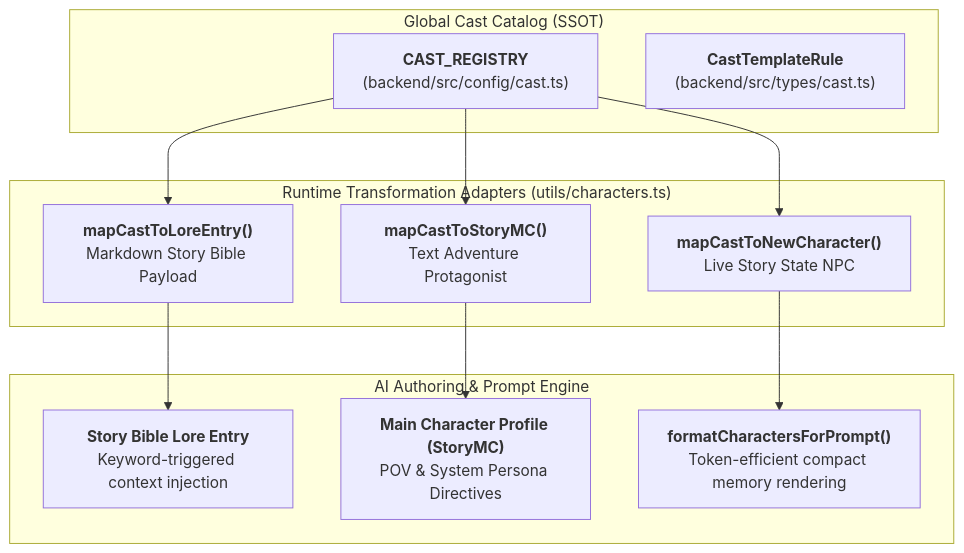
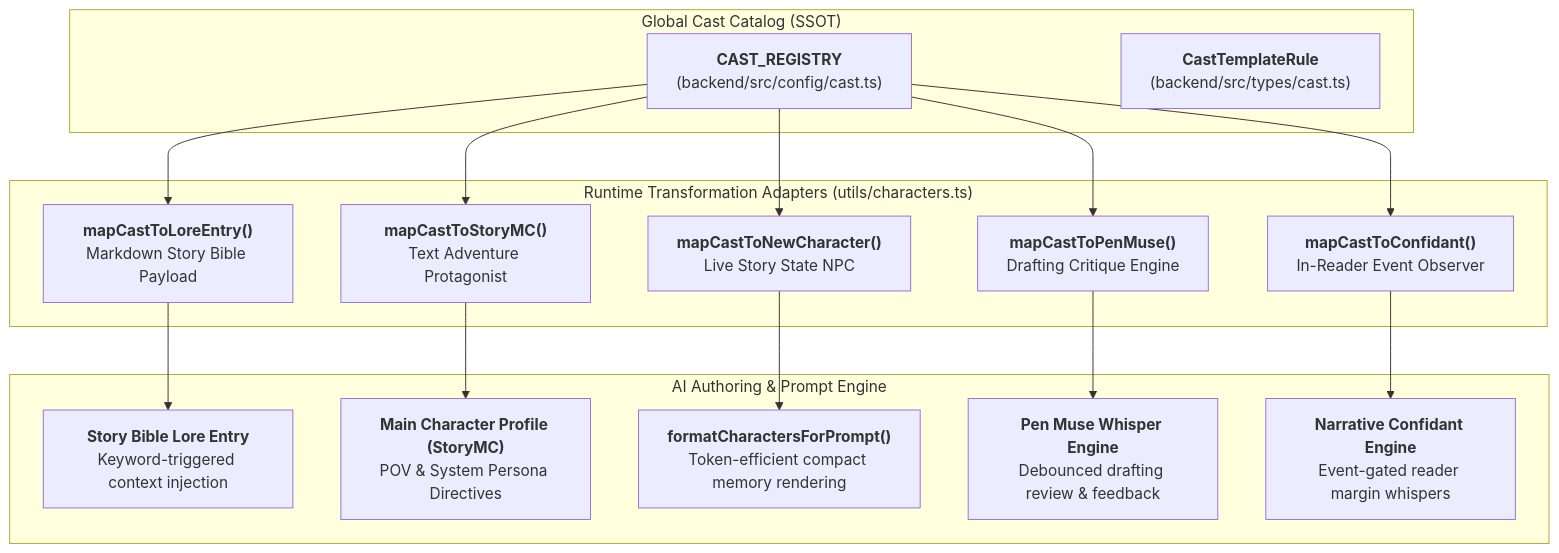
The first of 4 diagrams in docs/architecture/CAST_COLLECTION_AND_RECRUITMENT_ARCHITECTURE.md (txufiknr/Twistloom-backend), drawn with Mermaid before and after one commit. The commit also changed other lines of this file and 9 other files, not shown here.

````diff
--- a/docs/architecture/CAST_COLLECTION_AND_RECRUITMENT_ARCHITECTURE.md
+++ b/docs/architecture/CAST_COLLECTION_AND_RECRUITMENT_ARCHITECTURE.md
@@ -23,24 +25,30 @@
 ```mermaid
 flowchart TD
     subgraph SSOT_Catalog ["Global Cast Catalog (SSOT)"]
         REG["<b>CAST_REGISTRY</b><br/>(backend/src/config/cast.ts)"]
         TYPES["<b>CastTemplateRule</b><br/>(backend/src/types/cast.ts)"]
     end
 
     subgraph Runtime_Adapters ["Runtime Transformation Adapters (utils/characters.ts)"]
         A1["<b>mapCastToLoreEntry()</b><br/>Markdown Story Bible Payload"]
         A2["<b>mapCastToStoryMC()</b><br/>Text Adventure Protagonist"]
         A3["<b>mapCastToNewCharacter()</b><br/>Live Story State NPC"]
+        A4["<b>mapCastToPenMuse()</b><br/>Drafting Critique Engine"]
+        A5["<b>mapCastToConfidant()</b><br/>In-Reader Event Observer"]
     end
 
     subgraph Narrative_Execution ["AI Authoring & Prompt Engine"]
         E1["<b>Story Bible Lore Entry</b><br/>Keyword-triggered context injection"]
         E2["<b>Main Character Profile (StoryMC)</b><br/>POV & System Persona Directives"]
         E3["<b>formatCharactersForPrompt()</b><br/>Token-efficient compact memory rendering"]
+        E4["<b>Pen Muse Whisper Engine</b><br/>Debounced drafting review & feedback"]
+        E5["<b>Narrative Confidant Engine</b><br/>Event-gated reader margin whispers"]
     end
 
-    REG --> A1 & A2 & A3
+    REG --> A1 & A2 & A3 & A4 & A5
     A1 --> E1
     A2 --> E2
     A3 --> E3
+    A4 --> E4
+    A5 --> E5
 ```
````
